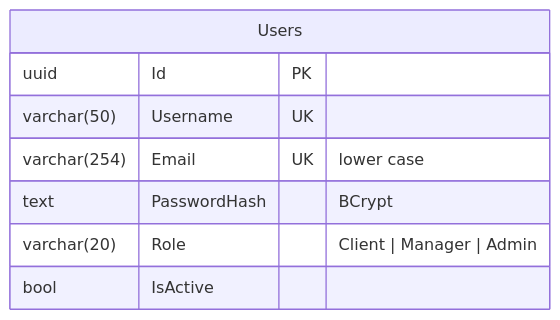
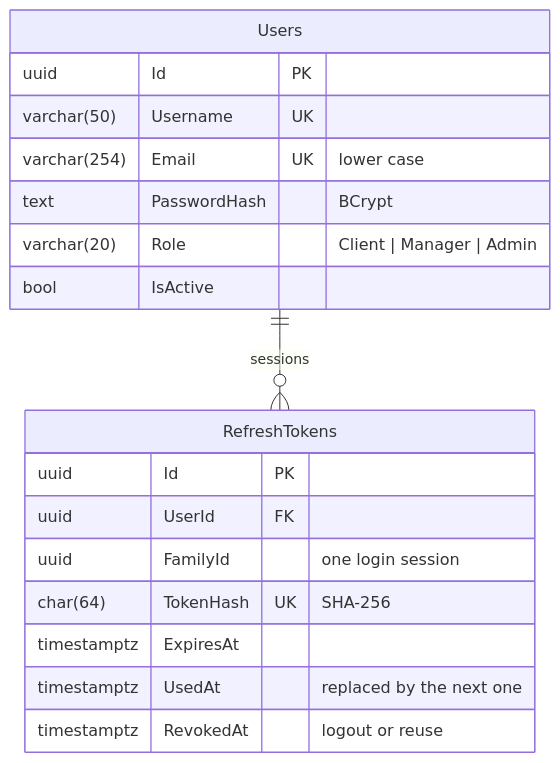
The first of 6 diagrams in docs/data-model.md (brndz1/CropConnect), drawn with Mermaid before and after one commit. The commit also changed 24 other files, not shown here.

First line of the commit message:
feat: Add refresh tokens with rotation and logout

````diff
--- a/docs/data-model.md
+++ b/docs/data-model.md
@@ -12,11 +12,21 @@
 ```mermaid
 erDiagram
     Users {
         uuid Id PK
         varchar(50) Username UK
         varchar(254) Email UK "lower case"
         text PasswordHash "BCrypt"
         varchar(20) Role "Client | Manager | Admin"
         bool IsActive
     }
+    RefreshTokens {
+        uuid Id PK
+        uuid UserId FK
+        uuid FamilyId "one login session"
+        char(64) TokenHash UK "SHA-256"
+        timestamptz ExpiresAt
+        timestamptz UsedAt "replaced by the next one"
+        timestamptz RevokedAt "logout or reuse"
+    }
+    Users ||--o{ RefreshTokens : "sessions"
 ```
````
